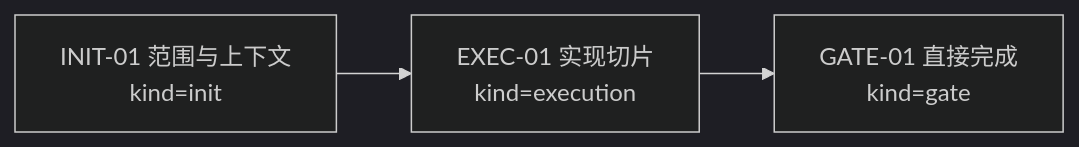
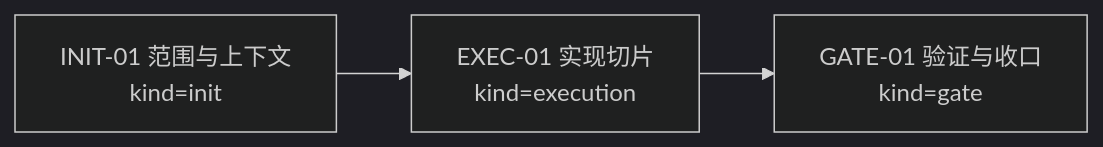
One commit to LnYo-Cly/ai4j changed the first of 2 diagrams in coding-agent-harness/planning/tasks/2026-07-06-rag-online-evaluation-llm-judge-4fe59b6d/visual_map.md. Above: the diagram before and after it, drawn with Mermaid (dark theme). The commit also changed other lines of this file and 14 other files, not shown here.

````diff
--- a/coding-agent-harness/planning/tasks/2026-07-06-rag-online-evaluation-llm-judge-4fe59b6d/visual_map.md
+++ b/coding-agent-harness/planning/tasks/2026-07-06-rag-online-evaluation-llm-judge-4fe59b6d/visual_map.md
@@ -15,5 +16,8 @@
 ```mermaid
 flowchart LR
-  INIT01["INIT-01 范围与上下文\nkind=init"] --> EXEC01["EXEC-01 实现切片\nkind=execution"]
-  EXEC01 --> GATE01["GATE-01 直接完成\nkind=gate"]
+  INIT01["INIT-01 范围与上下文
+kind=init"] --> EXEC01["EXEC-01 实现切片
+kind=execution"]
+  EXEC01 --> GATE01["GATE-01 验证与收口
+kind=gate"]
 ```
````
